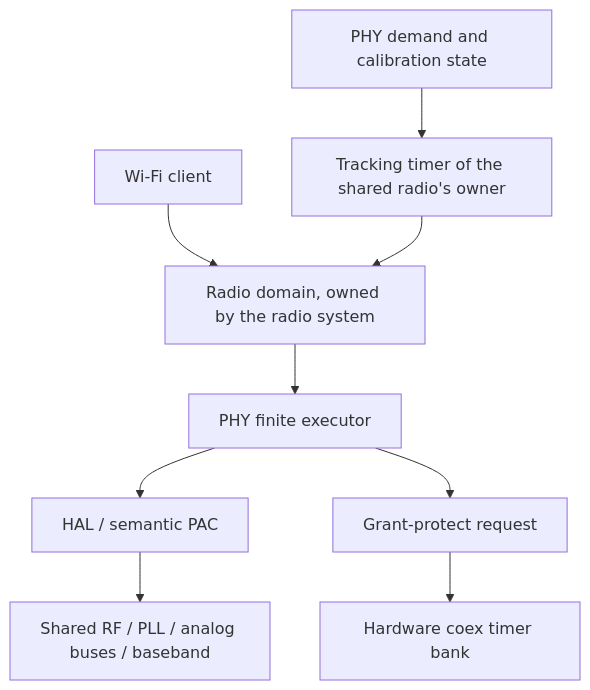
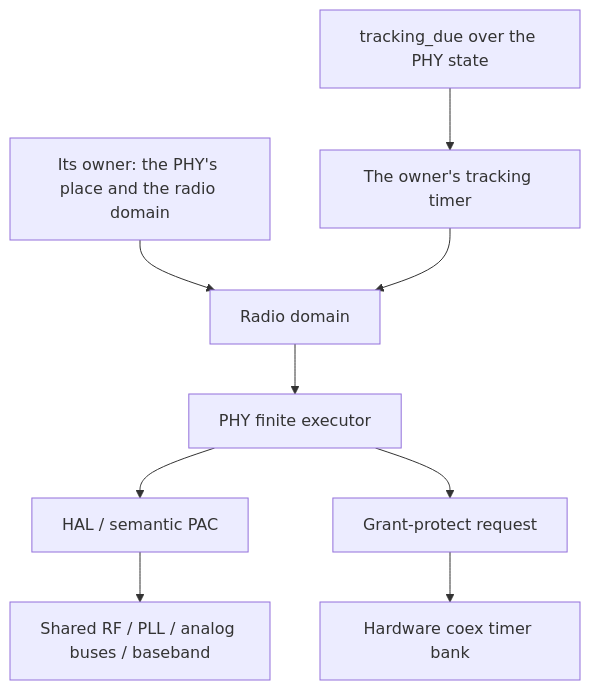
The second of 3 diagrams in chips/esp32s31/radio/phy/README.md (ermacv/open-esp-radio), drawn with Mermaid before and after one commit. The commit also changed other lines of this file and 95 other files, not shown here.

````diff
--- a/chips/esp32s31/radio/phy/README.md
+++ b/chips/esp32s31/radio/phy/README.md
@@ -78,11 +75,11 @@
 ```mermaid
 flowchart TD
-    W[Wi-Fi client] --> L[Radio domain, owned by the radio system]
-    T[Tracking timer of the shared radio's owner] --> L
-    P[PHY demand and calibration state] --> T
+    W[Its owner: the PHY's place and the radio domain] --> L[Radio domain]
+    T[The owner's tracking timer] --> L
+    P[tracking_due over the PHY state] --> T
     L --> E[PHY finite executor]
     E --> H[HAL / semantic PAC]
     H --> RF[Shared RF / PLL / analog buses / baseband]
     E --> G[Grant-protect request]
     G --> C[Hardware coex timer bank]
 ```
````
